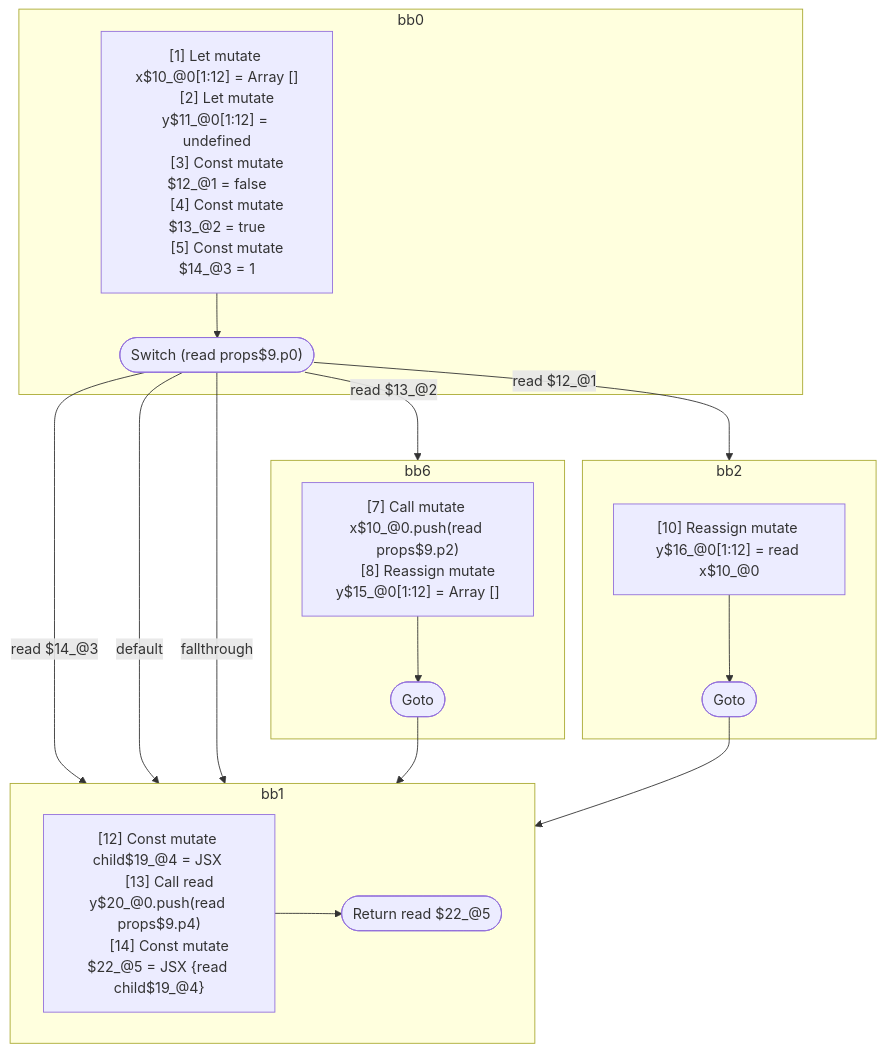
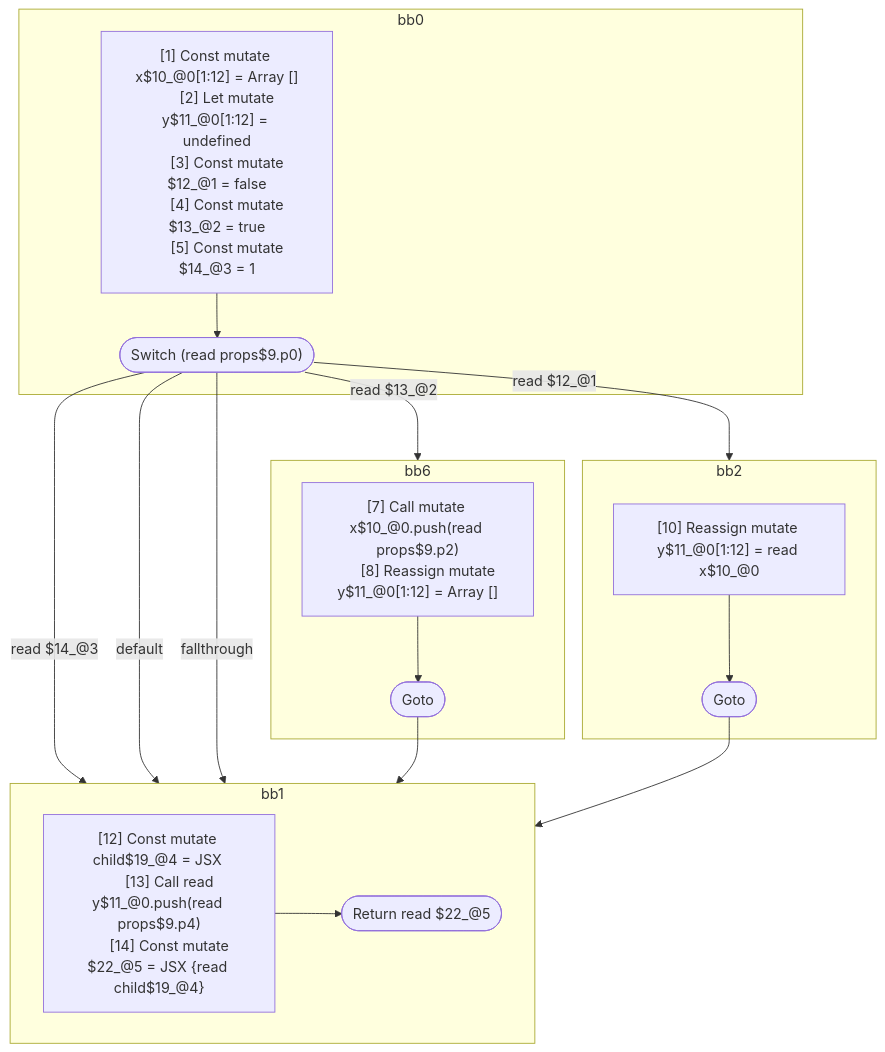
One commit to wutsmog/private changed the diagram in compiler/forget/src/__tests__/fixtures/hir/switch-non-final-default.expect.md. Above: the diagram before and after it, drawn with Mermaid. The commit also changed other lines of this file and 61 other files, not shown here.

````diff
--- a/compiler/forget/src/__tests__/fixtures/hir/switch-non-final-default.expect.md
+++ b/compiler/forget/src/__tests__/fixtures/hir/switch-non-final-default.expect.md
@@ -76,45 +77,45 @@
 ```mermaid
 flowchart TB
   %% Basic Blocks
   subgraph bb0
     bb0_instrs["
-      [1] Let mutate x$10_@0[1:12] = Array []
+      [1] Const mutate x$10_@0[1:12] = Array []
       [2] Let mutate y$11_@0[1:12] = undefined
       [3] Const mutate $12_@1 = false
       [4] Const mutate $13_@2 = true
       [5] Const mutate $14_@3 = 1
     "]
     bb0_instrs --> bb0_terminal(["Switch (read props$9.p0)"])
   end
   subgraph bb6
     bb6_instrs["
       [7] Call mutate x$10_@0.push(read props$9.p2)
-      [8] Reassign mutate y$15_@0[1:12] = Array []
+      [8] Reassign mutate y$11_@0[1:12] = Array []
     "]
     bb6_instrs --> bb6_terminal(["Goto"])
   end
   subgraph bb2
     bb2_instrs["
-      [10] Reassign mutate y$16_@0[1:12] = read x$10_@0
+      [10] Reassign mutate y$11_@0[1:12] = read x$10_@0
     "]
     bb2_instrs --> bb2_terminal(["Goto"])
   end
   subgraph bb1
     bb1_instrs["
       [12] Const mutate child$19_@4 = JSX <read Component$0 data={freeze x$10_@0} ></read Component$0>
-      [13] Call read y$20_@0.push(read props$9.p4)
-      [14] Const mutate $22_@5 = JSX <read Component$0 data={freeze y$20_@0} >{read child$19_@4}</read Component$0>
+      [13] Call read y$11_@0.push(read props$9.p4)
+      [14] Const mutate $22_@5 = JSX <read Component$0 data={freeze y$11_@0} >{read child$19_@4}</read Component$0>
     "]
     bb1_instrs --> bb1_terminal(["Return read $22_@5"])
   end
 
   %% Jumps
   bb0_terminal -- "read $14_@3" --> bb1
   bb0_terminal -- "read $13_@2" --> bb6
   bb0_terminal -- "default" --> bb1
   bb0_terminal -- "read $12_@1" --> bb2
   bb0_terminal -- "fallthrough" --> bb1
   bb6_terminal --> bb1
   bb2_terminal --> bb1
 
 ```
````
